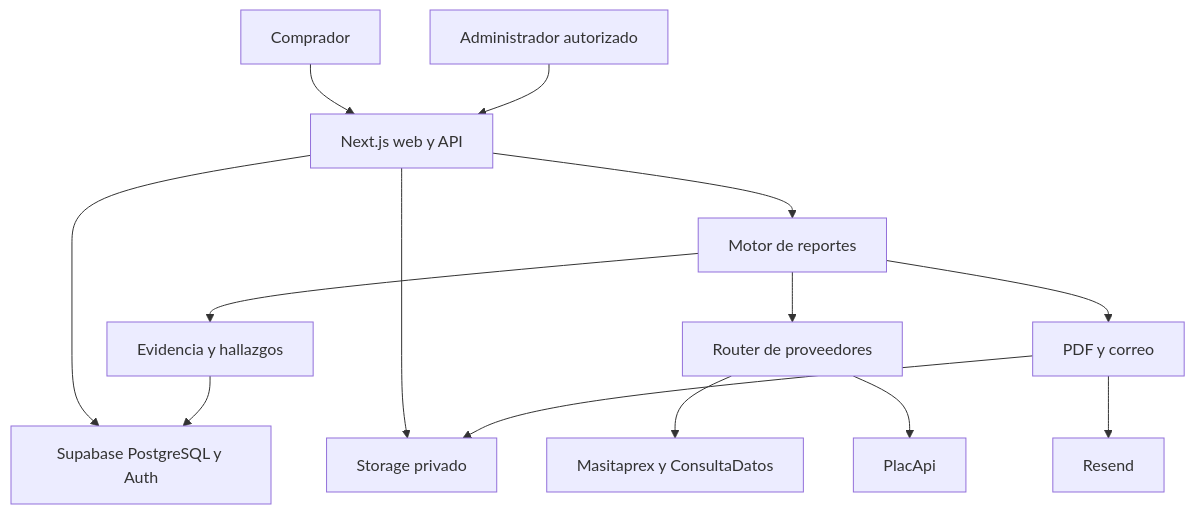
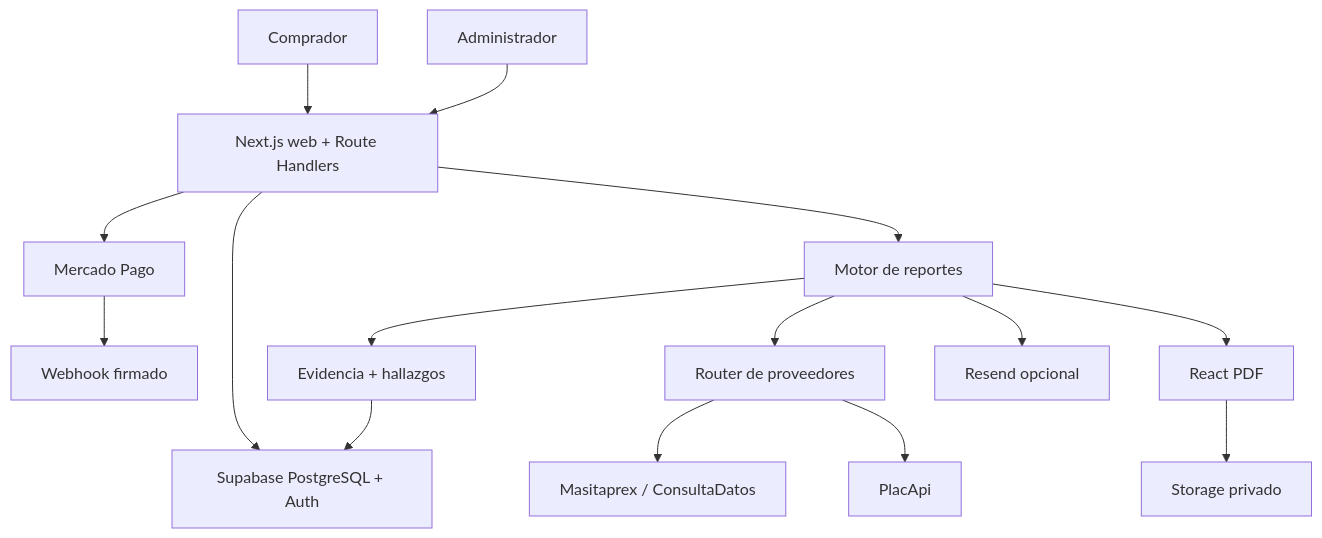
One commit to Em3rc0d/plate changed the diagram in ARCHITECTURE.md. Above: the diagram before and after it, drawn with Mermaid. The commit also changed other lines of this file, not shown here.

Commit message:
docs(repo): refresh ARCHITECTURE.md

````diff
--- a/ARCHITECTURE.md
+++ b/ARCHITECTURE.md
@@ -7,16 +9,17 @@
 ```mermaid
 flowchart TD
-  Visitor[Comprador] --> Web[Next.js web y API]
-  Admin[Administrador autorizado] --> Web
-  Web --> DB[Supabase PostgreSQL y Auth]
-  Web --> Proof[Storage privado]
+  Visitor[Comprador] --> Web[Next.js web + Route Handlers]
+  Admin[Administrador] --> Web
+  Web --> DB[Supabase PostgreSQL + Auth]
+  Web --> MP[Mercado Pago]
+  MP --> Webhook[Webhook firmado]
   Web --> Core[Motor de reportes]
   Core --> Router[Router de proveedores]
-  Router --> Registry[Masitaprex y ConsultaDatos]
+  Router --> Registry[Masitaprex / ConsultaDatos]
   Router --> PlacApi[PlacApi]
-  Core --> Evidence[Evidencia y hallazgos]
+  Core --> Evidence[Evidencia + hallazgos]
   Evidence --> DB
-  Core --> Delivery[PDF y correo]
-  Delivery --> Proof
-  Delivery --> Resend[Resend]
+  Core --> PDF[React PDF]
+  PDF --> Storage[Storage privado]
+  Core --> Email[Resend opcional]
 ```
````
